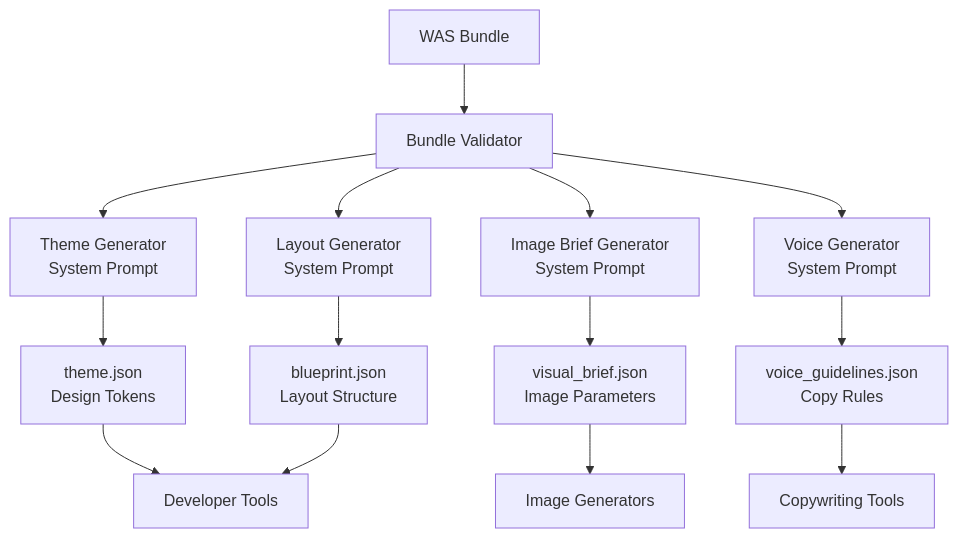
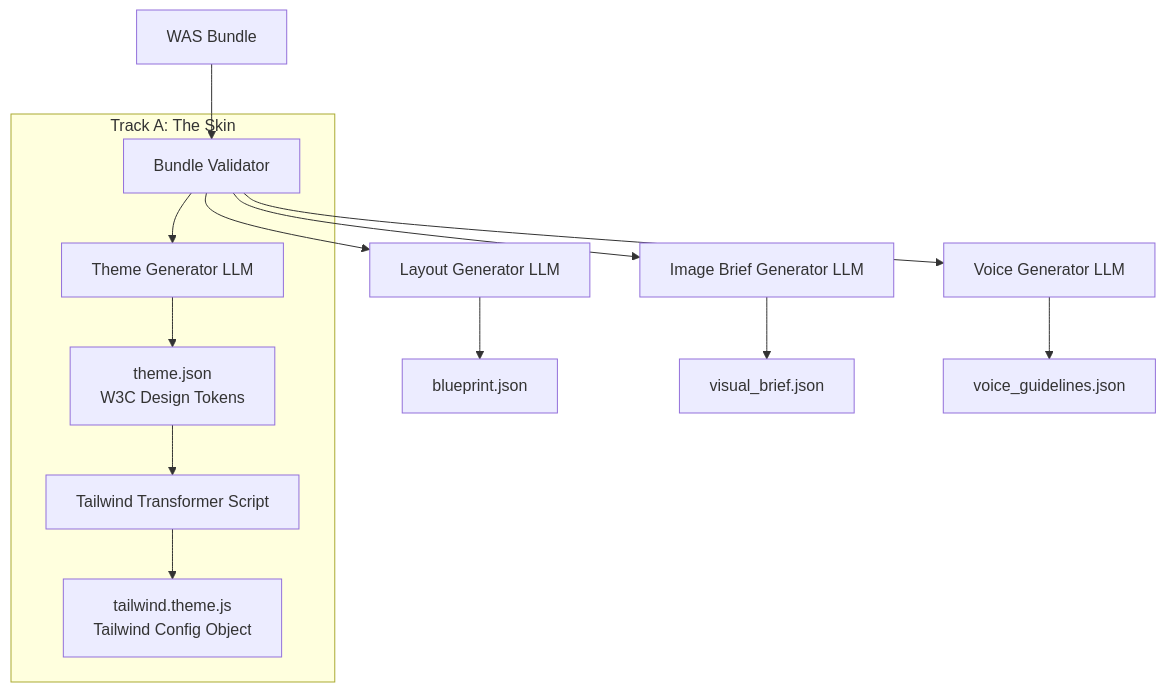
The diagram in docs/06_project_management/phases/phase_03_the_second_link.md (Robs-Git-Hub/website-design-tool), drawn with Mermaid before and after one commit. The commit also changed other lines of this file and 1 other file, not shown here.

First paragraph of the commit message:
docs: update Phase 03 plan to include Tailwind theme generation
Updated the Phase 03 project documentation to formally include the W3C
Design Tokens to Tailwind theme transformation pipeline as part of
Track A: The Skin (Theme Specification).

````diff
--- a/docs/06_project_management/phases/phase_03_the_second_link.md
+++ b/docs/06_project_management/phases/phase_03_the_second_link.md
@@ -148,18 +153,19 @@
 ```mermaid
 graph TB
     Bundle[WAS Bundle] --> ValidateBundle[Bundle Validator]
-    ValidateBundle --> ThemeGen[Theme Generator<br/>System Prompt]
-    ValidateBundle --> LayoutGen[Layout Generator<br/>System Prompt]
-    ValidateBundle --> ImageGen[Image Brief Generator<br/>System Prompt]
-    ValidateBundle --> VoiceGen[Voice Generator<br/>System Prompt]
 
-    ThemeGen --> ThemeJSON[theme.json<br/>Design Tokens]
-    LayoutGen --> BlueprintJSON[blueprint.json<br/>Layout Structure]
-    ImageGen --> VisualBrief[visual_brief.json<br/>Image Parameters]
-    VoiceGen --> VoiceGuide[voice_guidelines.json<br/>Copy Rules]
+    subgraph "Track A: The Skin"
+        ValidateBundle --> ThemeGen[Theme Generator LLM]
+        ThemeGen --> ThemeJSON[theme.json<br/>W3C Design Tokens]
+        ThemeJSON --> TailwindTransformer[Tailwind Transformer Script]
+        TailwindTransformer --> TailwindTheme[tailwind.theme.js<br/>Tailwind Config Object]
+    end
 
-    ThemeJSON --> DevTools[Developer Tools]
-    BlueprintJSON --> DevTools
-    VisualBrief --> ImageTools[Image Generators]
-    VoiceGuide --> CopyTools[Copywriting Tools]
+    ValidateBundle --> LayoutGen[Layout Generator LLM]
+    ValidateBundle --> ImageGen[Image Brief Generator LLM]
+    ValidateBundle --> VoiceGen[Voice Generator LLM]
+
+    LayoutGen --> BlueprintJSON[blueprint.json]
+    ImageGen --> VisualBrief[visual_brief.json]
+    VoiceGen --> VoiceGuide[voice_guidelines.json]
 ```
````
